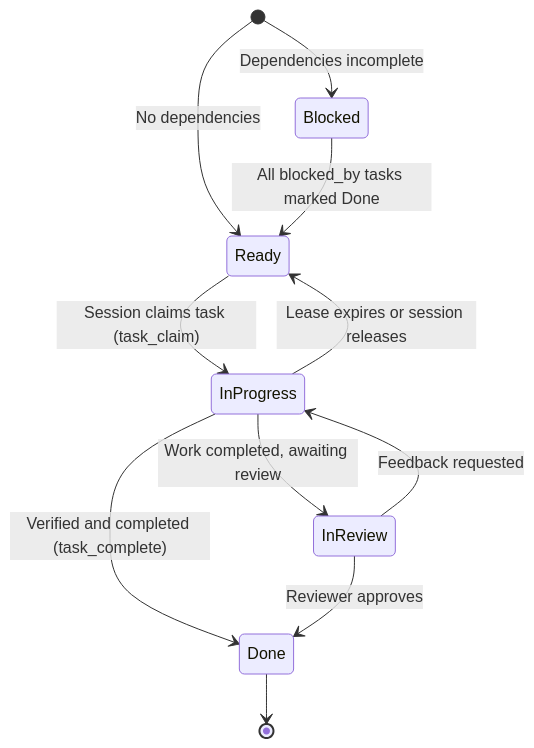
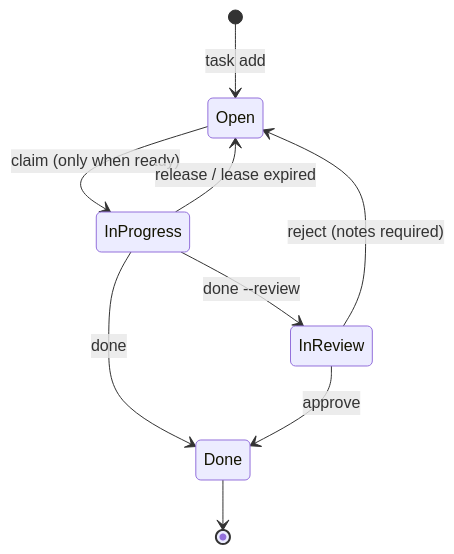
Before and after one commit to Pappet/airlock: the diagram in docs/spec/01_architecture_and_data_model.md, drawn with Mermaid. The commit also changed other lines of this file and 23 other files, not shown here.

````diff
--- a/docs/spec/01_architecture_and_data_model.md
+++ b/docs/spec/01_architecture_and_data_model.md
@@ -44,13 +62,11 @@
 ```mermaid
 stateDiagram-v2
-    [*] --> Blocked: Dependencies incomplete
-    [*] --> Ready: No dependencies
-    Blocked --> Ready: All blocked_by tasks marked Done
-    Ready --> InProgress: Session claims task (task_claim)
-    InProgress --> Ready: Lease expires or session releases
-    InProgress --> InReview: Work completed, awaiting review
-    InProgress --> Done: Verified and completed (task_complete)
-    InReview --> Done: Reviewer approves
-    InReview --> InProgress: Feedback requested
+    [*] --> Open: task add
+    Open --> InProgress: claim (only when ready)
+    InProgress --> Open: release / lease expired
+    InProgress --> Done: done
+    InProgress --> InReview: done --review
+    InReview --> Done: approve
+    InReview --> Open: reject (notes required)
     Done --> [*]
 ```
````
